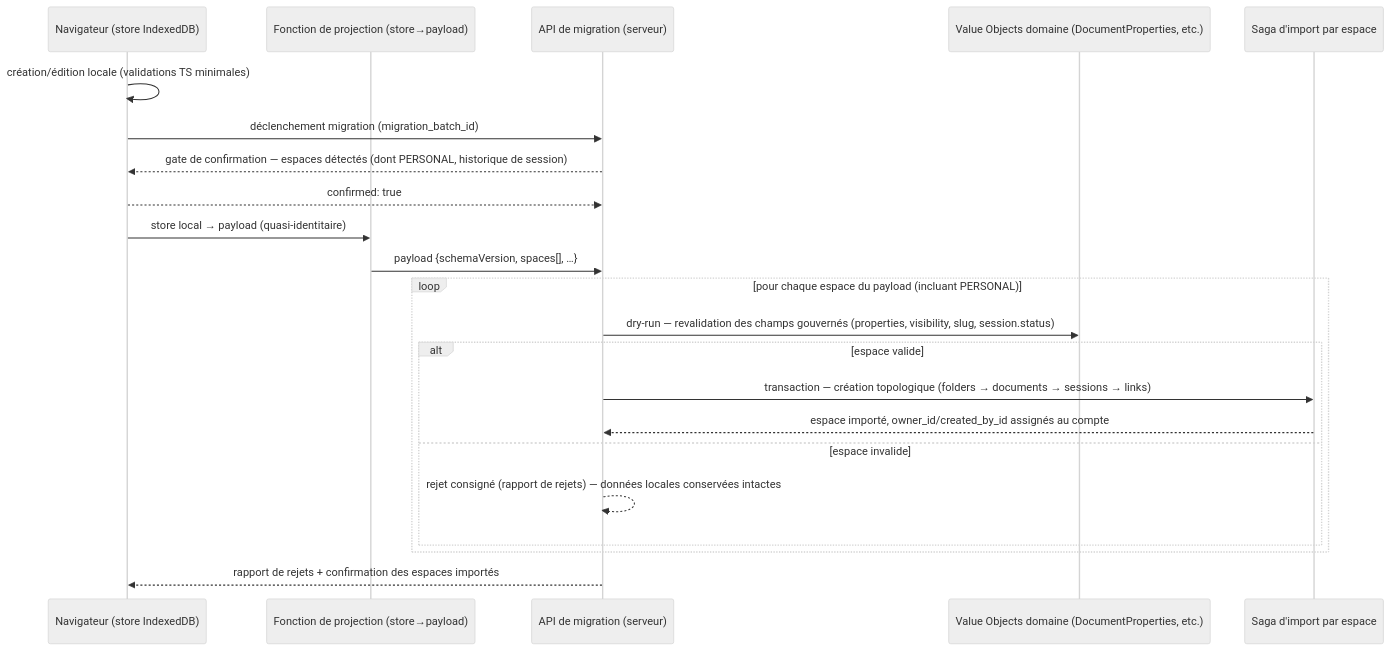
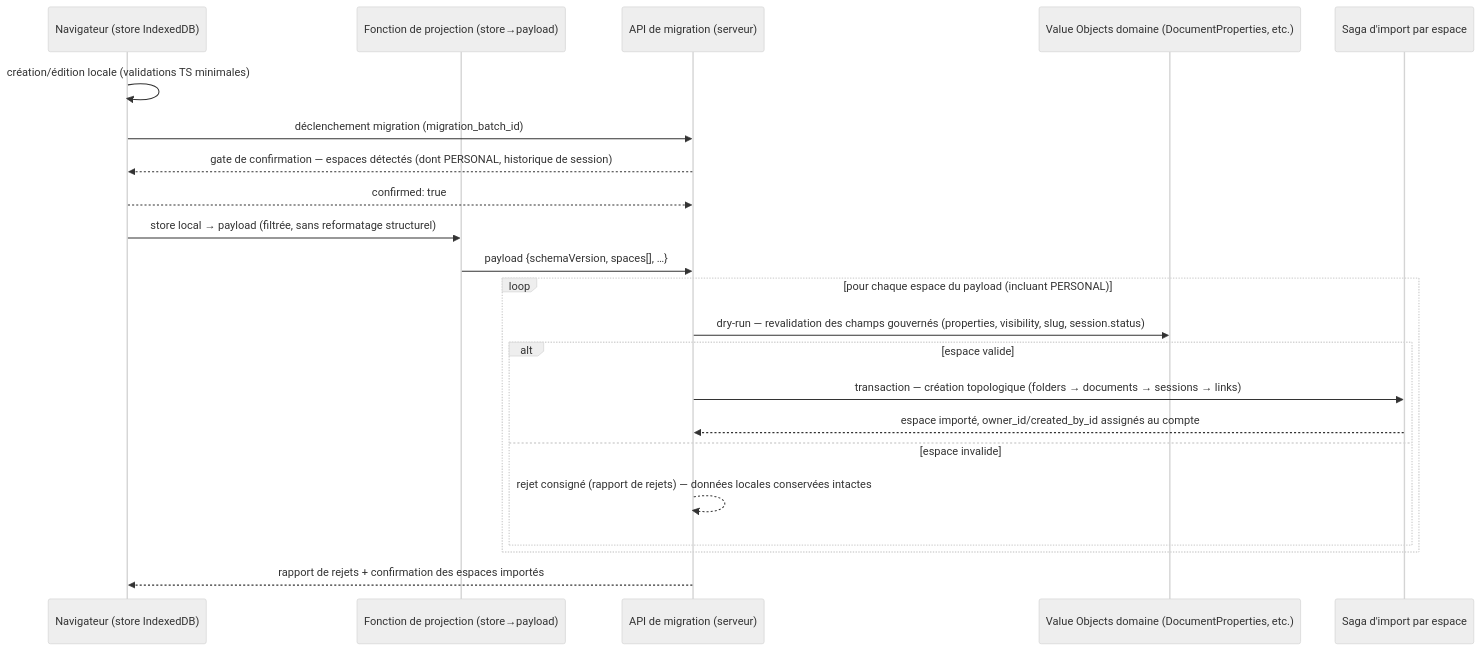
The fourth of 18 diagrams in docs/context/dossier-conception-detaillee.md (2025-10-CDA-ECO-P6/PM-micro-saas), drawn with Mermaid (neutral theme) before and after one commit. The commit also changed other lines of this file and 38 other files, not shown here.

````diff
--- a/docs/context/dossier-conception-detaillee.md
+++ b/docs/context/dossier-conception-detaillee.md
@@ -338,28 +338,28 @@
 ```mermaid
 sequenceDiagram
     participant Browser as Navigateur (store IndexedDB)
     participant Proj as Fonction de projection (store→payload)
     participant Server as API de migration (serveur)
     participant VO as Value Objects domaine (DocumentProperties, etc.)
     participant Space as Saga d'import par espace
 
     Browser->>Browser: création/édition locale (validations TS minimales)
     Browser->>Server: déclenchement migration (migration_batch_id)
     Server-->>Browser: gate de confirmation — espaces détectés (dont PERSONAL, historique de session)
     Browser-->>Server: confirmed: true
 
-    Browser->>Proj: store local → payload (quasi-identitaire)
+    Browser->>Proj: store local → payload (filtrée, sans reformatage structurel)
     Proj->>Server: payload {schemaVersion, spaces[], …}
 
     loop pour chaque espace du payload (incluant PERSONAL)
         Server->>VO: dry-run — revalidation des champs gouvernés (properties, visibility, slug, session.status)
         alt espace valide
             Server->>Space: transaction — création topologique (folders → documents → sessions → links)
             Space-->>Server: espace importé, owner_id/created_by_id assignés au compte
         else espace invalide
             Server-->>Server: rejet consigné (rapport de rejets) — données locales conservées intactes
         end
     end
 
     Server-->>Browser: rapport de rejets + confirmation des espaces importés
 ```
````
